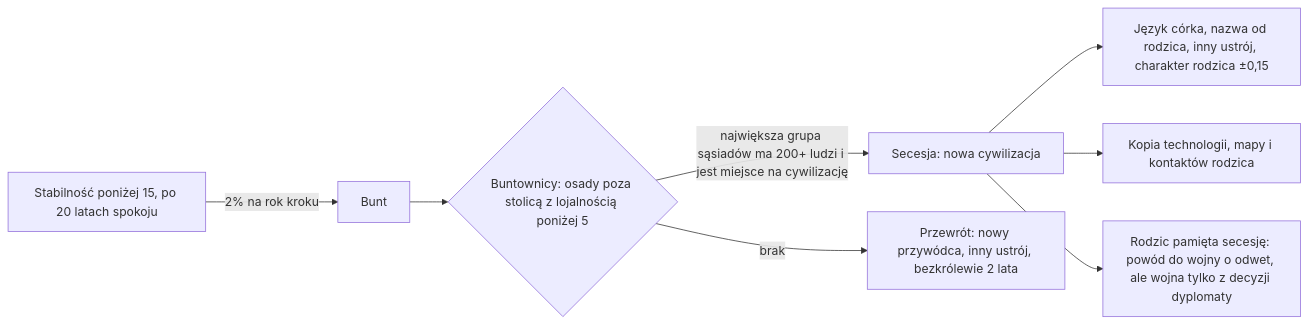
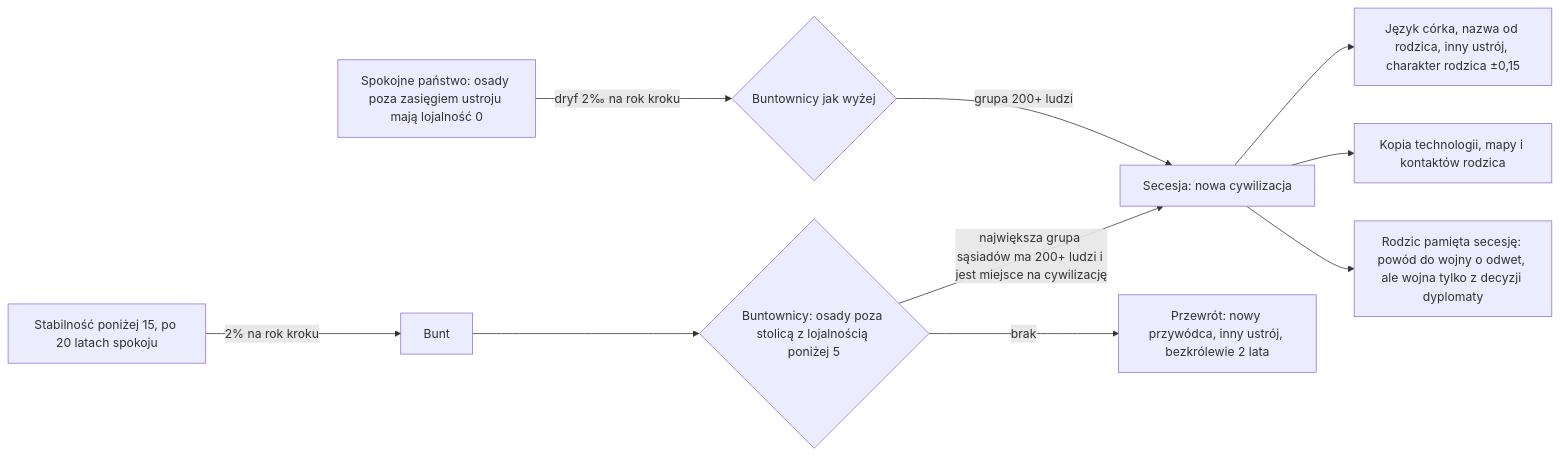
Before and after one commit to CoStellar/CivSim2: the diagram in docs/systems/revolts.md, drawn with Mermaid. The commit also changed other lines of this file and 15 other files, not shown here.

````diff
--- a/docs/systems/revolts.md
+++ b/docs/systems/revolts.md
@@ -21,10 +21,12 @@
 ```mermaid
 flowchart LR
   S[Stabilność poniżej 15, po 20 latach spokoju] -->|2% na rok kroku| B[Bunt]
   B --> R{Buntownicy: osady poza stolicą z lojalnością poniżej 5}
   R -->|największa grupa sąsiadów ma 200+ ludzi i jest miejsce na cywilizację| N[Secesja: nowa cywilizacja]
   R -->|brak| P[Przewrót: nowy przywódca, inny ustrój, bezkrólewie 2 lata]
+  D[Spokojne państwo: osady poza zasięgiem ustroju mają lojalność 0] -->|dryf 2‰ na rok kroku| R2{Buntownicy jak wyżej}
+  R2 -->|grupa 200+ ludzi| N
   N --> J[Język córka, nazwa od rodzica, inny ustrój, charakter rodzica ±0,15]
   N --> K[Kopia technologii, mapy i kontaktów rodzica]
   N --> M[Rodzic pamięta secesję: powód do wojny o odwet, ale wojna tylko z decyzji dyplomaty]
 ```
````
